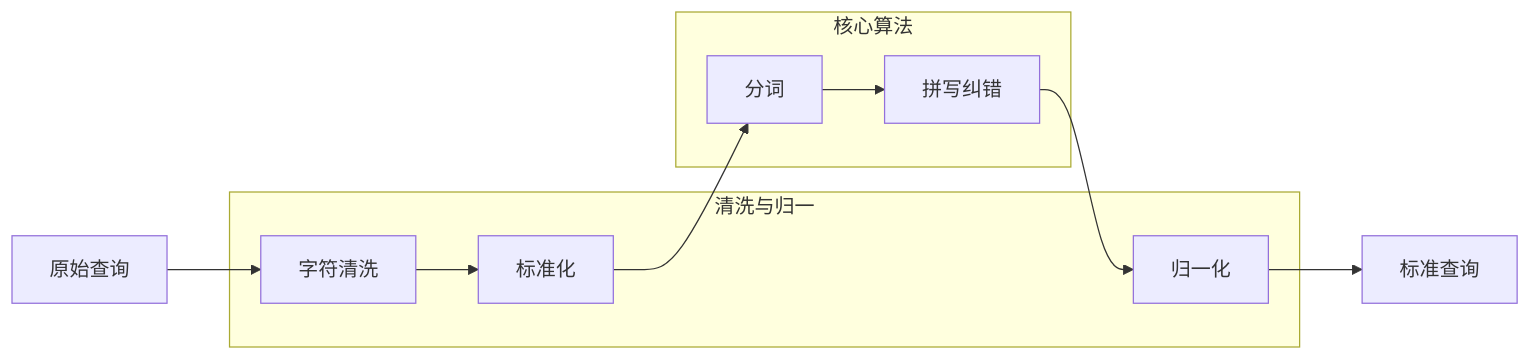
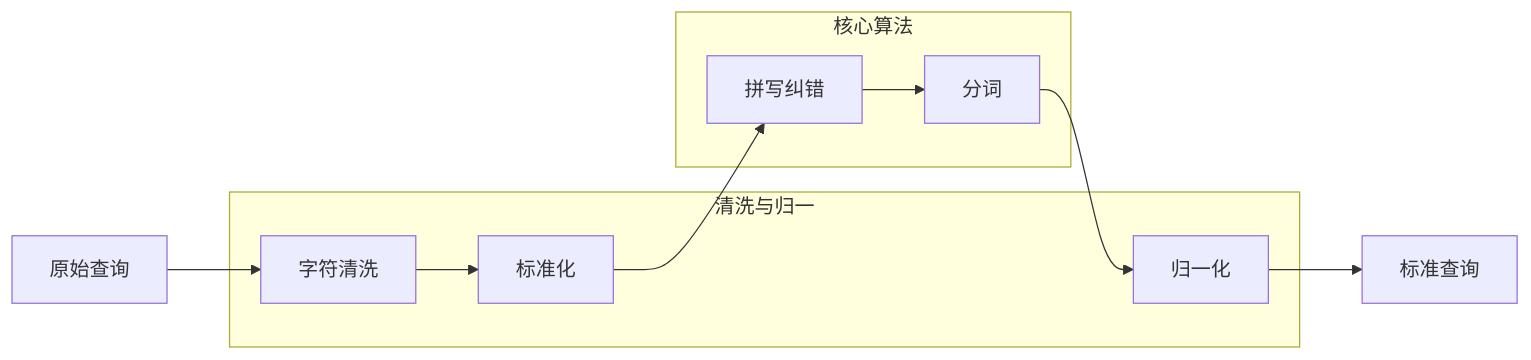
The diagram in docs/zh/2.第二章：搜索算法--信息海洋的智能导航员/3.查询理解与扩展/2.preprocessing.md (1985312383/search-rec-ads-cosmos-explorer), drawn with Mermaid before and after one commit. The commit also changed other lines of this file and 15 other files, not shown here.

````diff
--- a/docs/zh/2.第二章：搜索算法--信息海洋的智能导航员/3.查询理解与扩展/2.preprocessing.md
+++ b/docs/zh/2.第二章：搜索算法--信息海洋的智能导航员/3.查询理解与扩展/2.preprocessing.md
@@ -22,20 +22,20 @@
 ```mermaid
 graph LR
     Q[原始查询] --> N1[字符清洗]
     N1 --> N2[标准化]
-    N2 --> N3[分词]
-    N3 --> N4[拼写纠错]
+    N2 --> N3[拼写纠错]
+    N3 --> N4[分词]
     N4 --> N5[归一化]
     N5 --> Out[标准查询]
 
     subgraph "清洗与归一"
     N1
     N2
     N5
     end
 
     subgraph "核心算法"
     N3
     N4
     end
 ```
````
